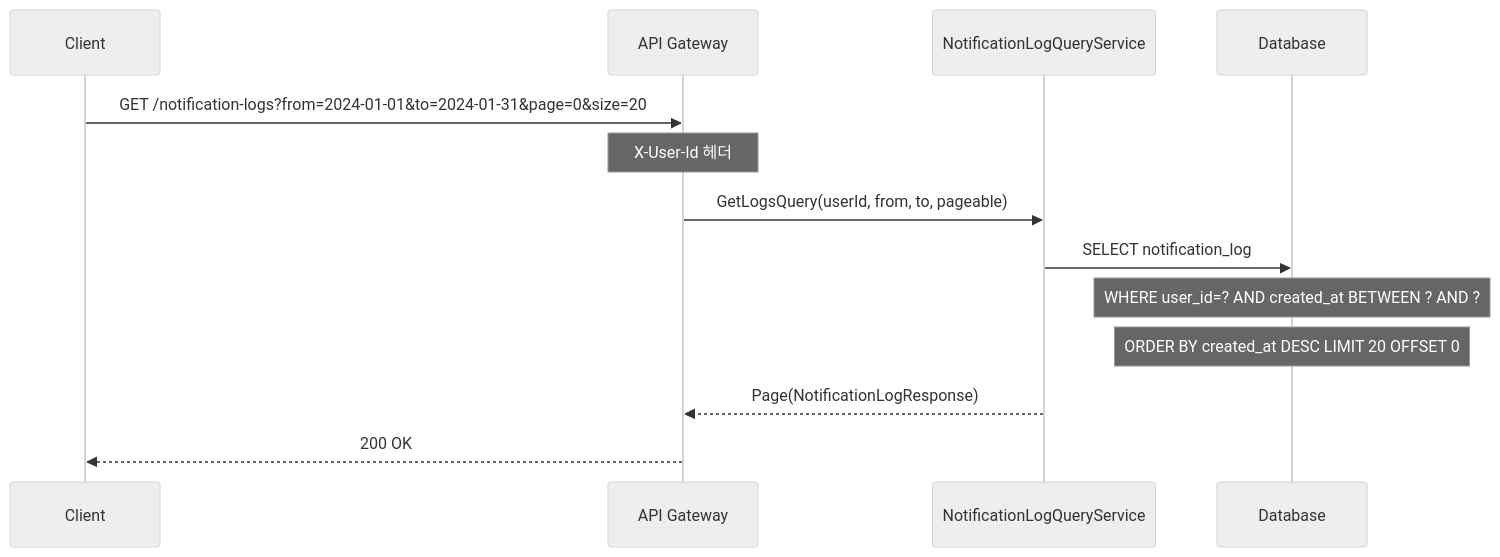
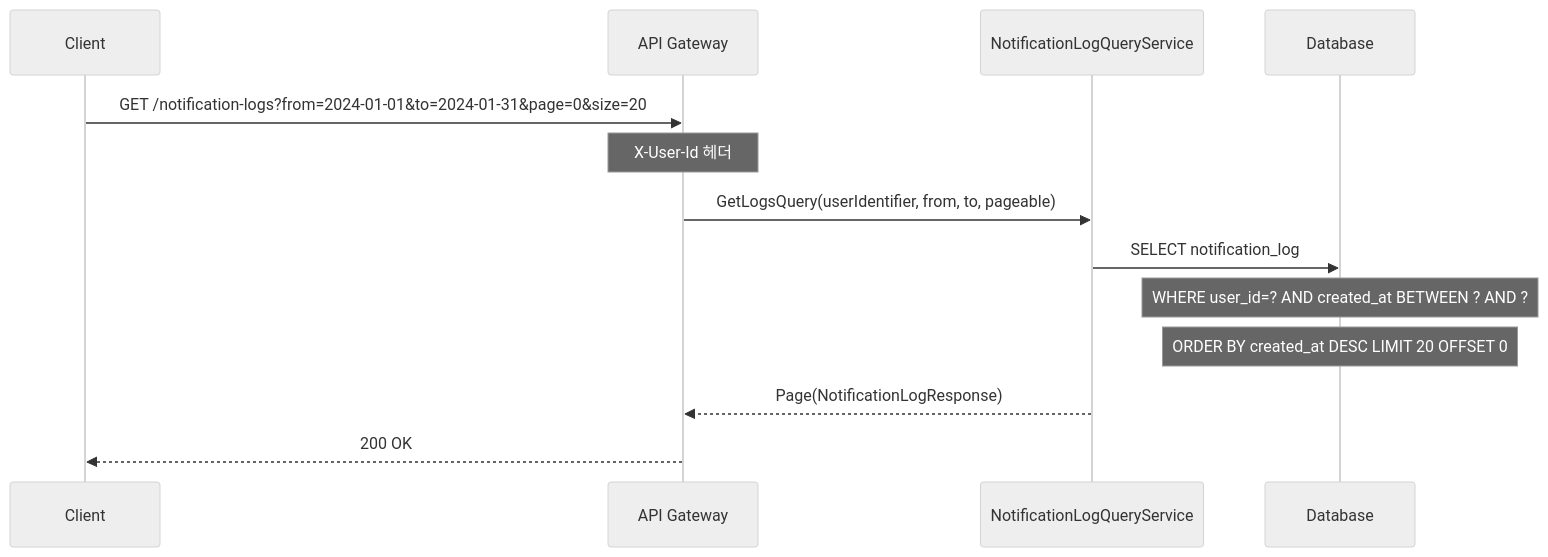
The eighth of 9 diagrams in backend/notification/sequence-diagram.md (Trade-Pilot/.github), drawn with Mermaid (neutral theme) before and after one commit. The commit also changed other lines of this file and 17 other files, not shown here.

````diff
--- a/backend/notification/sequence-diagram.md
+++ b/backend/notification/sequence-diagram.md
@@ -246,18 +246,18 @@
 ```mermaid
 sequenceDiagram
     participant Client
     participant GW as API Gateway
     participant NS as NotificationLogQueryService
     participant DB as Database
 
     Client->>GW: GET /notification-logs?from=2024-01-01&to=2024-01-31&page=0&size=20
     Note over GW: X-User-Id 헤더
 
-    GW->>NS: GetLogsQuery(userId, from, to, pageable)
+    GW->>NS: GetLogsQuery(userIdentifier, from, to, pageable)
     NS->>DB: SELECT notification_log
     Note over DB: WHERE user_id=? AND created_at BETWEEN ? AND ?
     Note over DB: ORDER BY created_at DESC LIMIT 20 OFFSET 0
 
     NS-->>GW: Page(NotificationLogResponse)
     GW-->>Client: 200 OK
 ```
````
